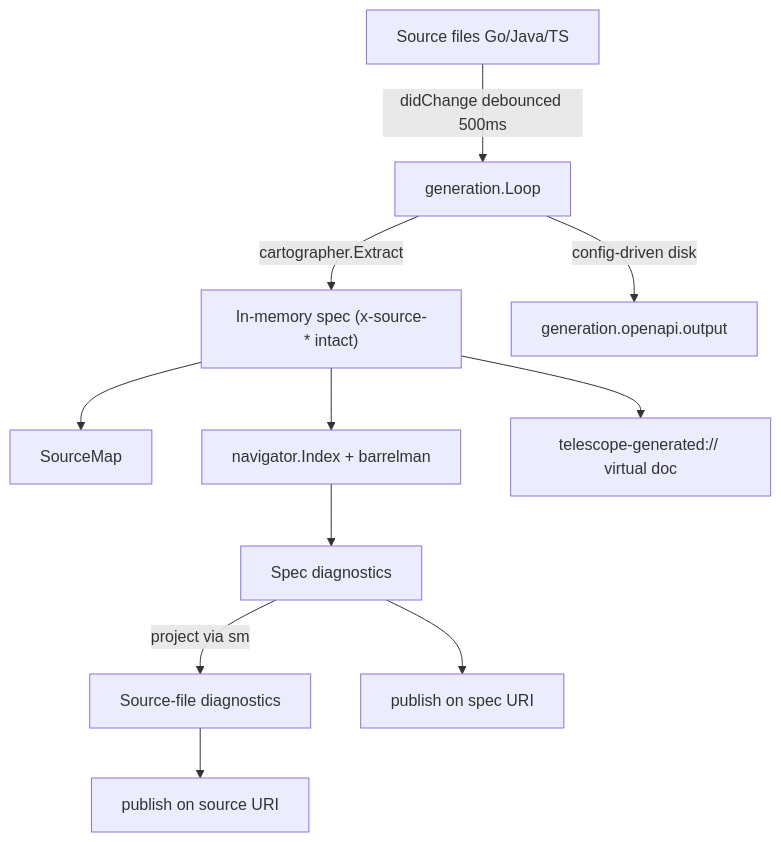
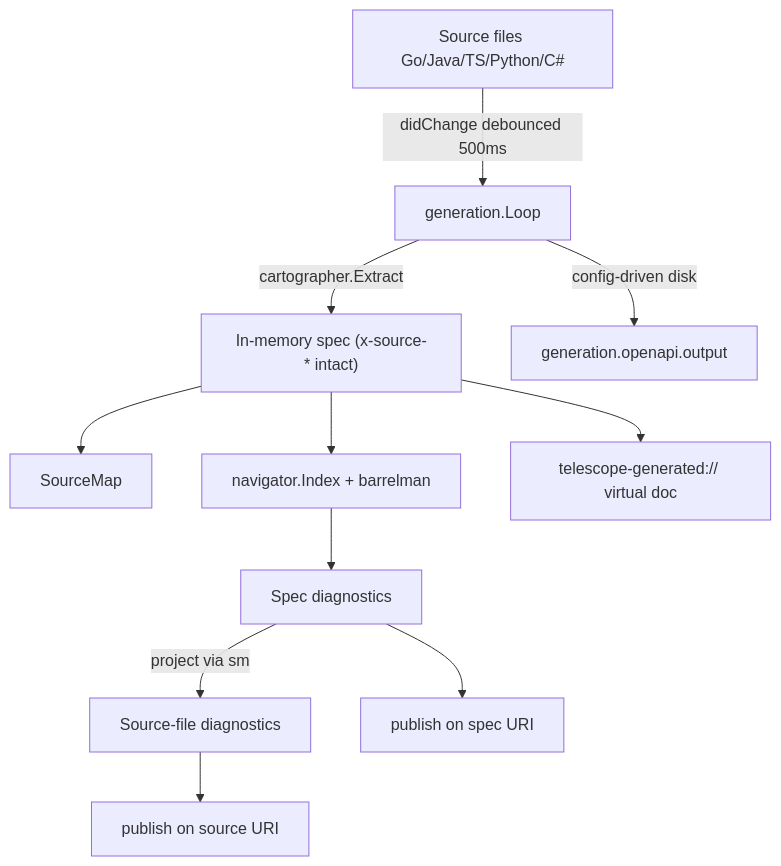
One commit to sailpoint-oss/telescope changed the diagram in docs/GENERATION.md. Above: the diagram before and after it, drawn with Mermaid. The commit also changed other lines of this file and 3 other files, not shown here.

````diff
--- a/docs/GENERATION.md
+++ b/docs/GENERATION.md
@@ -10,13 +10,13 @@
 ```mermaid
 flowchart TB
-  src[Source files Go/Java/TS] -->|didChange debounced 500ms| loop[generation.Loop]
+  src[Source files Go/Java/TS/Python/C#] -->|didChange debounced 500ms| loop[generation.Loop]
   loop -->|cartographer.Extract| spec["In-memory spec (x-source-* intact)"]
   spec --> sm[SourceMap]
   spec --> nav[navigator.Index + barrelman]
   nav --> diagsSpec[Spec diagnostics]
   diagsSpec -->|project via sm| diagsSrc[Source-file diagnostics]
   diagsSpec --> publishSpec[publish on spec URI]
   diagsSrc --> publishSrc[publish on source URI]
   spec --> virtualURI["telescope-generated:// virtual doc"]
   loop -->|config-driven disk| disk[generation.openapi.output]
 ```
````
